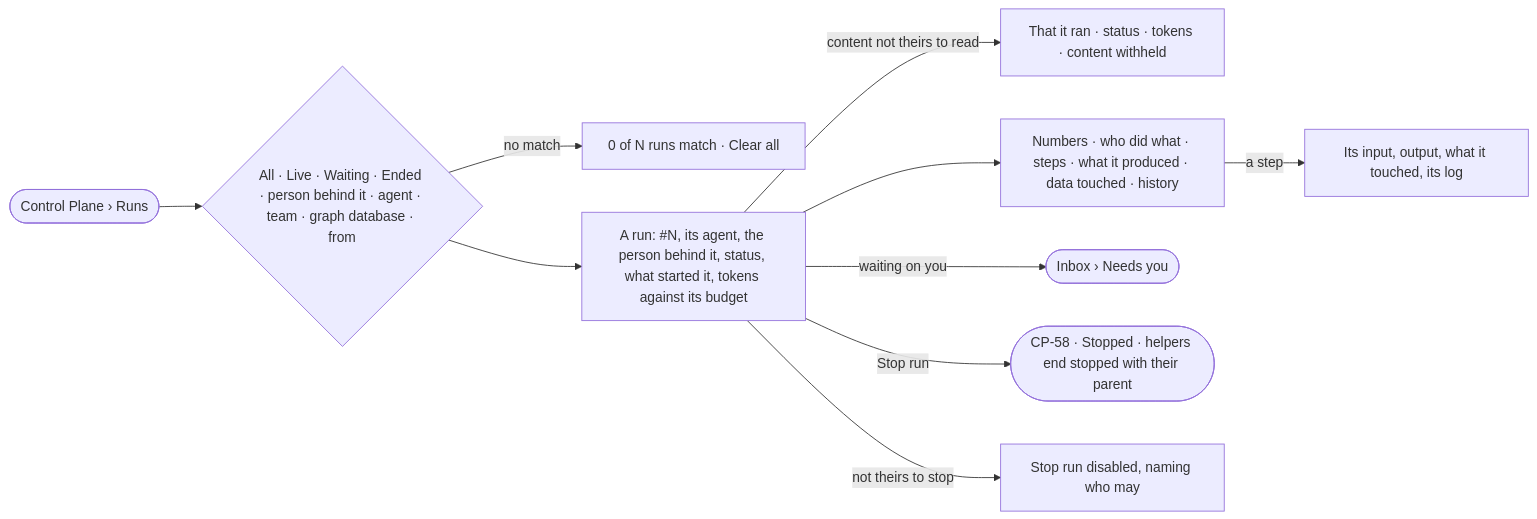
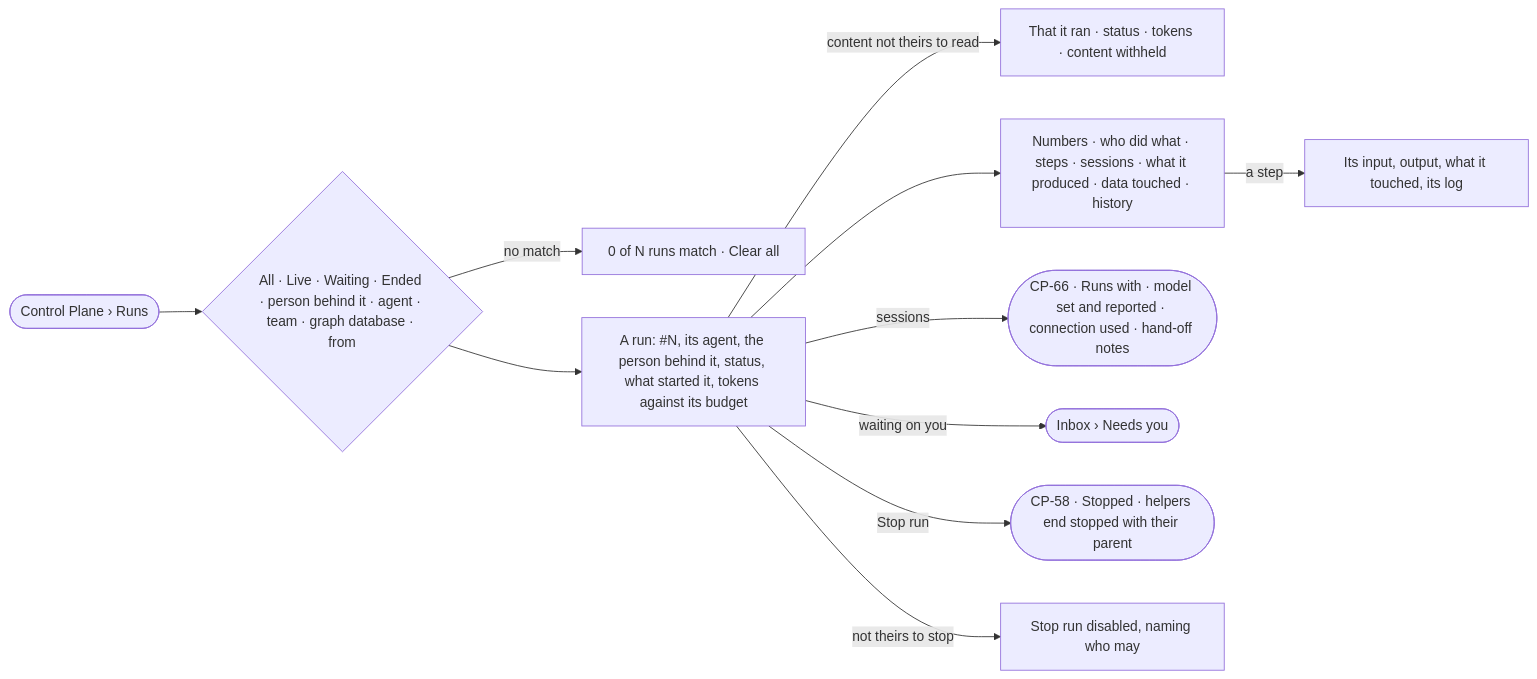
The diagram in specs/os/control/features/CP-F10-runs-and-how-the-agents-are-doing/stories/CP-50-find-a-run-and-see-where-it-stands/story.md (invana/invana), drawn with Mermaid before and after one commit. The commit also changed other lines of this file and 300 other files, not shown here.

````diff
--- a/specs/os/control/features/CP-F10-runs-and-how-the-agents-are-doing/stories/CP-50-find-a-run-and-see-where-it-stands/story.md
+++ b/specs/os/control/features/CP-F10-runs-and-how-the-agents-are-doing/stories/CP-50-find-a-run-and-see-where-it-stands/story.md
@@ -27,12 +27,13 @@
 ```mermaid
 flowchart LR
   l([Control Plane › Runs]) --> f{"All · Live · Waiting · Ended · person behind it · agent · team · graph database · from"}
   f -->|no match| z["0 of N runs match · Clear all"]
   f --> r["A run: #N, its agent, the person behind it, status, what started it, tokens against its budget"]
   r -->|content not theirs to read| w["That it ran · status · tokens · content withheld"]
-  r --> p["Numbers · who did what · steps · what it produced · data touched · history"]
+  r --> p["Numbers · who did what · steps · sessions · what it produced · data touched · history"]
+  r -->|sessions| ss(["CP-66 · Runs with · model set and reported · connection used · hand-off notes"])
   p -->|a step| s["Its input, output, what it touched, its log"]
   r -->|waiting on you| i(["Inbox › Needs you"])
   r -->|Stop run| x(["CP-58 · Stopped · helpers end stopped with their parent"])
   r -->|not theirs to stop| d["Stop run disabled, naming who may"]
 ```
````
